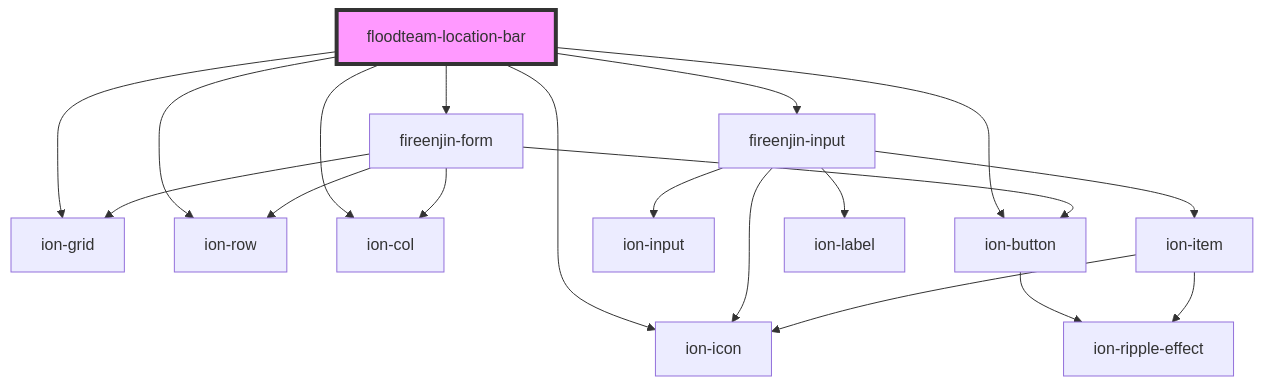
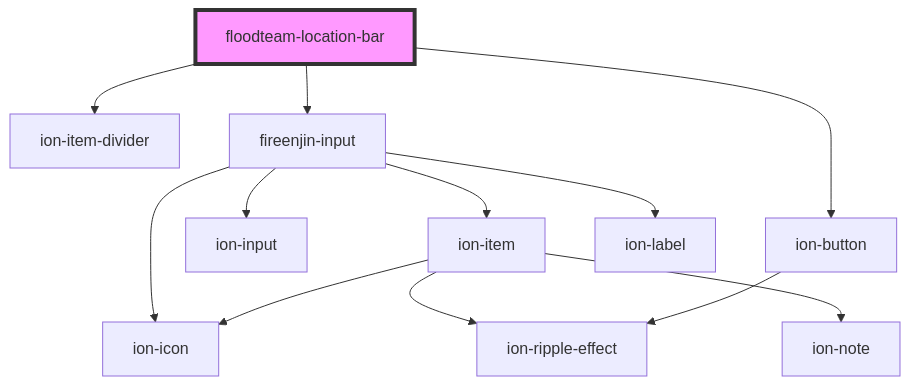
Before and after one commit to FloodTeam/components: the diagram in src/components/location-bar/readme.md, drawn with Mermaid. The commit also changed other lines of this file and 113 other files, not shown here.

````diff
--- a/src/components/location-bar/readme.md
+++ b/src/components/location-bar/readme.md
@@ -31,22 +51,15 @@
 ```mermaid
 graph TD;
-  floodteam-location-bar --> ion-grid
-  floodteam-location-bar --> ion-row
-  floodteam-location-bar --> ion-col
-  floodteam-location-bar --> ion-icon
-  floodteam-location-bar --> fireenjin-form
+  floodteam-location-bar --> ion-item-divider
   floodteam-location-bar --> fireenjin-input
   floodteam-location-bar --> ion-button
-  fireenjin-form --> ion-grid
-  fireenjin-form --> ion-row
-  fireenjin-form --> ion-col
-  fireenjin-form --> ion-button
-  ion-button --> ion-ripple-effect
   fireenjin-input --> ion-input
   fireenjin-input --> ion-item
   fireenjin-input --> ion-icon
   fireenjin-input --> ion-label
   ion-item --> ion-icon
   ion-item --> ion-ripple-effect
+  ion-item --> ion-note
+  ion-button --> ion-ripple-effect
   style floodteam-location-bar fill:#f9f,stroke:#333,stroke-width:4px
 ```
````
